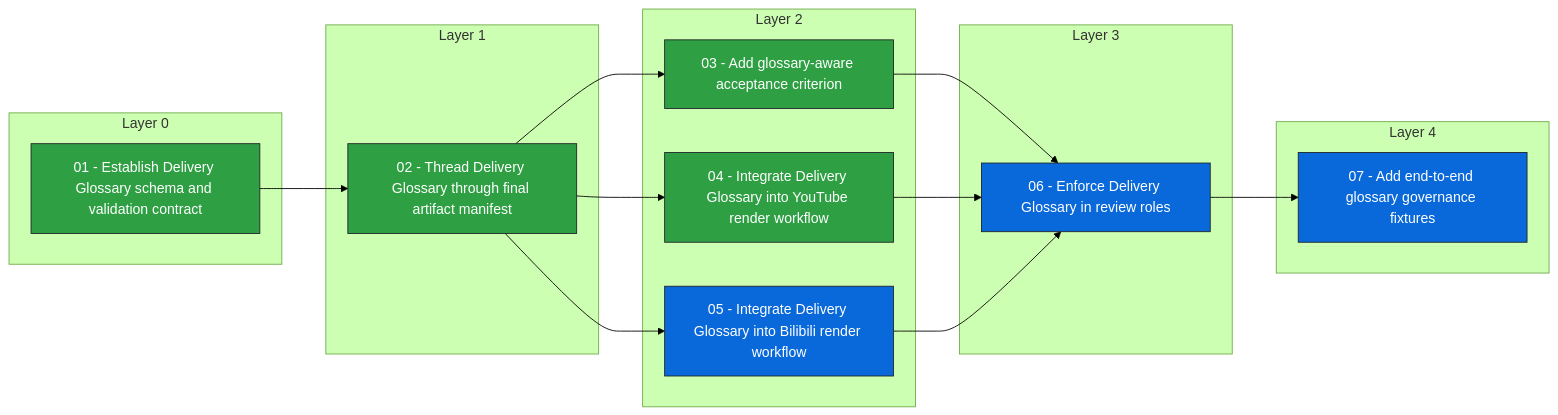
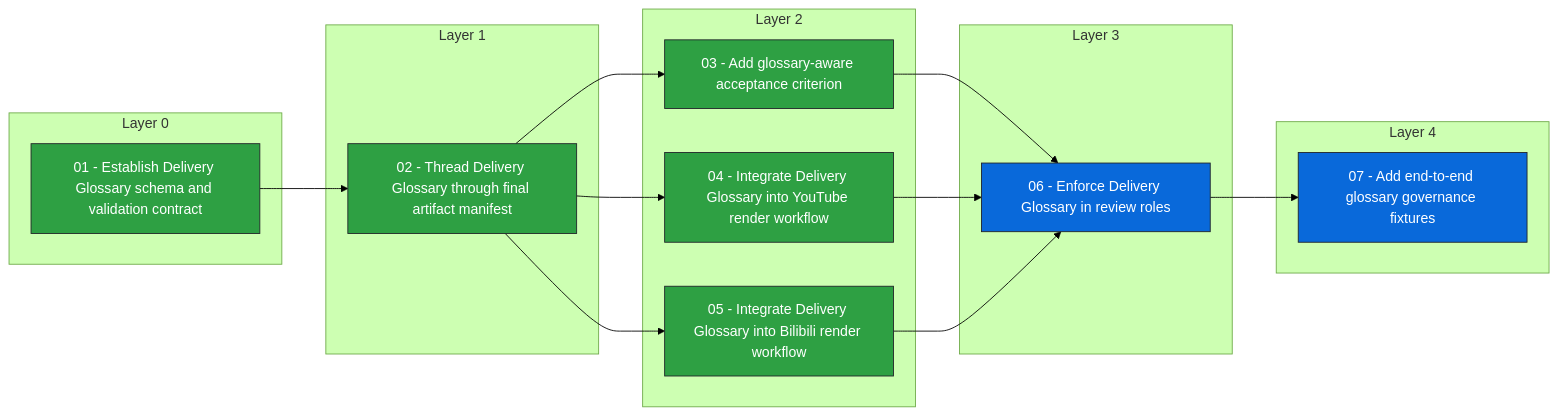
One commit to Nishijujuba/video2pdf changed the diagram in docs/issues/_views/delivery-glossary-terminology-governance-dependencies.md. Above: the diagram before and after it, drawn with Mermaid (forest theme). The commit also changed other lines of this file and 4 other files, not shown here.

Commit message:
Integrate delivery glossary into Bilibili workflow

````diff
--- a/docs/issues/_views/delivery-glossary-terminology-governance-dependencies.md
+++ b/docs/issues/_views/delivery-glossary-terminology-governance-dependencies.md
@@ -25,44 +24,44 @@
 ```mermaid
 flowchart LR
   subgraph layer_0["Layer 0"]
     n_01_establish_delivery_glossary_schema_and_validation_contract["01 - Establish Delivery Glossary schema and validation contract"]
   end
   subgraph layer_1["Layer 1"]
     n_02_thread_delivery_glossary_through_final_artifact_manifest["02 - Thread Delivery Glossary through final artifact manifest"]
   end
   subgraph layer_2["Layer 2"]
     n_03_add_glossary_aware_acceptance_criterion["03 - Add glossary-aware acceptance criterion"]
     n_04_integrate_delivery_glossary_into_youtube_render_workflow["04 - Integrate Delivery Glossary into YouTube render workflow"]
     n_05_integrate_delivery_glossary_into_bilibili_render_workflow["05 - Integrate Delivery Glossary into Bilibili render workflow"]
   end
   subgraph layer_3["Layer 3"]
     n_06_enforce_delivery_glossary_in_review_roles["06 - Enforce Delivery Glossary in review roles"]
   end
   subgraph layer_4["Layer 4"]
     n_07_add_end_to_end_glossary_governance_fixtures["07 - Add end-to-end glossary governance fixtures"]
   end
   n_01_establish_delivery_glossary_schema_and_validation_contract --> n_02_thread_delivery_glossary_through_final_artifact_manifest
   n_02_thread_delivery_glossary_through_final_artifact_manifest --> n_03_add_glossary_aware_acceptance_criterion
   n_02_thread_delivery_glossary_through_final_artifact_manifest --> n_04_integrate_delivery_glossary_into_youtube_render_workflow
   n_02_thread_delivery_glossary_through_final_artifact_manifest --> n_05_integrate_delivery_glossary_into_bilibili_render_workflow
   n_03_add_glossary_aware_acceptance_criterion --> n_06_enforce_delivery_glossary_in_review_roles
   n_04_integrate_delivery_glossary_into_youtube_render_workflow --> n_06_enforce_delivery_glossary_in_review_roles
   n_05_integrate_delivery_glossary_into_bilibili_render_workflow --> n_06_enforce_delivery_glossary_in_review_roles
   n_06_enforce_delivery_glossary_in_review_roles --> n_07_add_end_to_end_glossary_governance_fixtures
   class n_01_establish_delivery_glossary_schema_and_validation_contract done
   class n_02_thread_delivery_glossary_through_final_artifact_manifest done
   class n_03_add_glossary_aware_acceptance_criterion done
   class n_04_integrate_delivery_glossary_into_youtube_render_workflow done
-  class n_05_integrate_delivery_glossary_into_bilibili_render_workflow ready_for_agent
+  class n_05_integrate_delivery_glossary_into_bilibili_render_workflow done
   class n_06_enforce_delivery_glossary_in_review_roles ready_for_agent
   class n_07_add_end_to_end_glossary_governance_fixtures ready_for_agent
   classDef done fill:#2ea043,stroke:#1f2328,color:#ffffff
   classDef ready_for_agent fill:#0969da,stroke:#1f2328,color:#ffffff
   classDef ready_for_human fill:#8250df,stroke:#1f2328,color:#ffffff
   classDef in_progress fill:#d4a72c,stroke:#1f2328,color:#ffffff
   classDef blocked fill:#cf222e,stroke:#1f2328,color:#ffffff
   classDef in_review fill:#bc4c00,stroke:#1f2328,color:#ffffff
   classDef needs_info fill:#8c959f,stroke:#1f2328,color:#ffffff
   classDef needs_triage fill:#d0d7de,stroke:#1f2328,color:#ffffff
   classDef wontfix fill:#57606a,stroke:#1f2328,color:#ffffff
 ```
````
